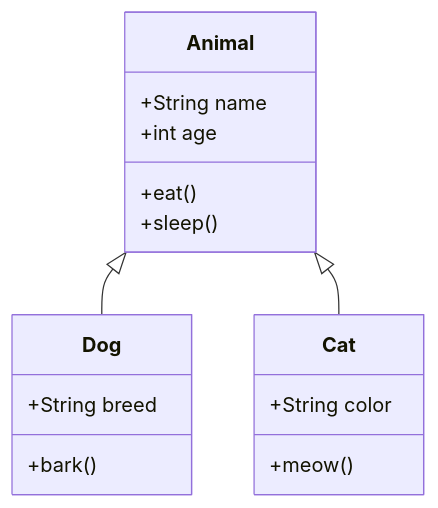
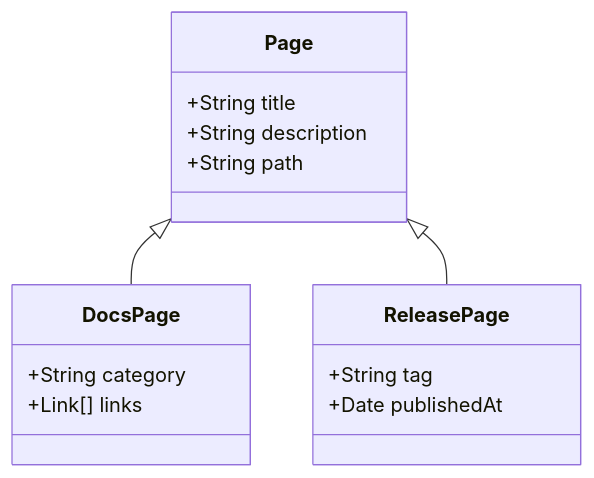
One commit to mhaibaraai/movk-nuxt-docs changed the third of 7 diagrams in docs/content/docs/4.writing/5.mermaid.md. Above: the diagram before and after it, drawn with Mermaid. The commit also changed other lines of this file and 34 other files, not shown here.

````diff
--- a/docs/content/docs/4.writing/5.mermaid.md
+++ b/docs/content/docs/4.writing/5.mermaid.md
@@ -154,19 +128,18 @@
 ```mermaid
 classDiagram
-    class Animal {
-        +String name
-        +int age
-        +eat()
-        +sleep()
+    class Page {
+        +String title
+        +String description
+        +String path
     }
-    class Dog {
-        +String breed
-        +bark()
+    class DocsPage {
+        +String category
+        +Link[] links
     }
-    class Cat {
-        +String color
-        +meow()
+    class ReleasePage {
+        +String tag
+        +Date publishedAt
     }
-    Animal <|-- Dog
-    Animal <|-- Cat
+    Page <|-- DocsPage
+    Page <|-- ReleasePage
 ```
````
